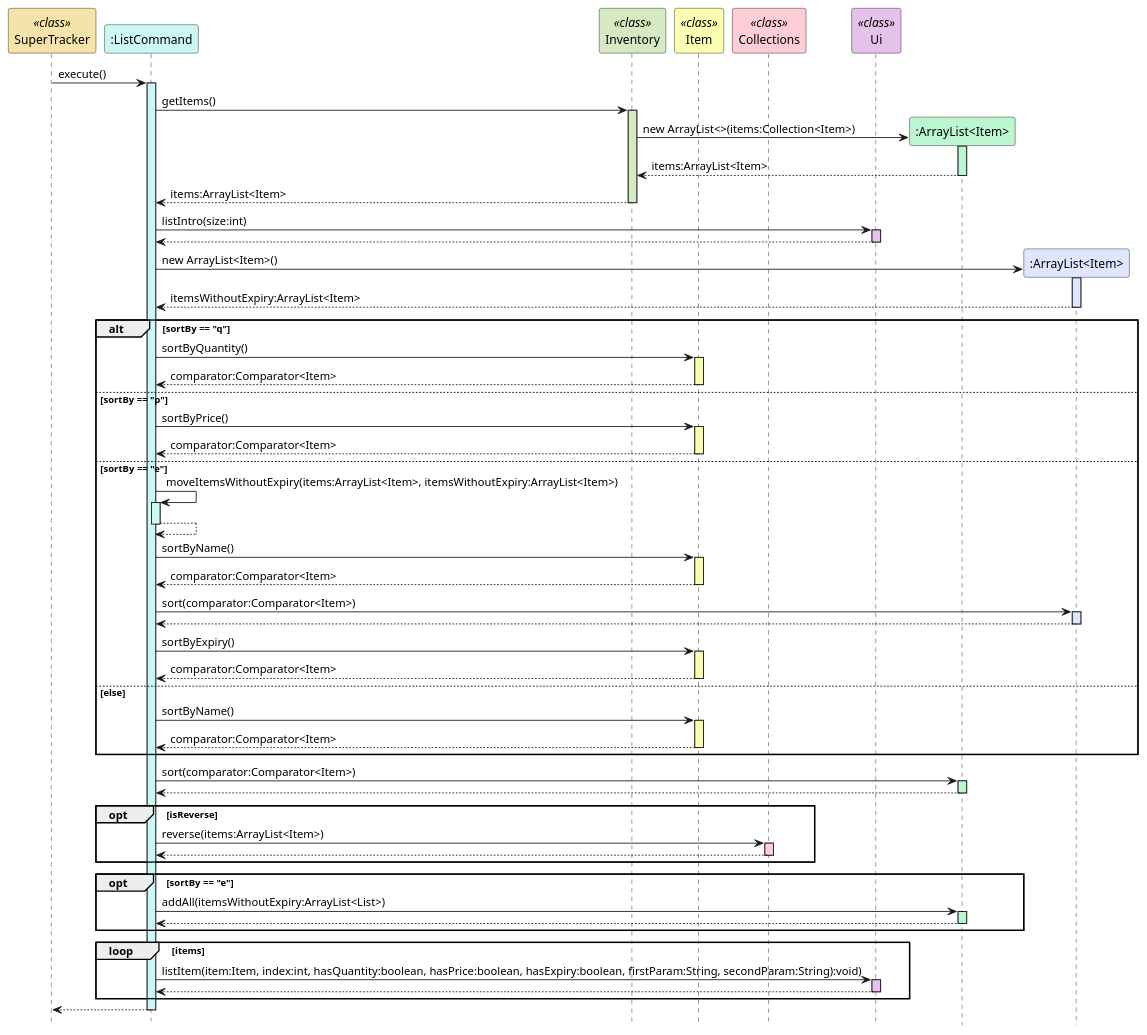
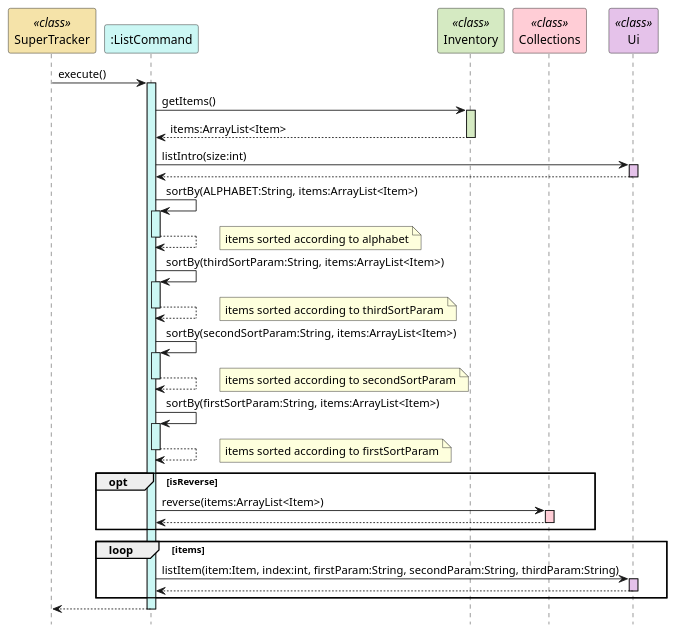
The second of 2 diagrams in docs/uml-diagrams/ListCommand.puml (rismm/tp), drawn with PlantUML before and after one commit. The commit also changed other lines of this file and 2 other files, not shown here.

Commit message:
Update UML diagrams for list command

```diff
--- a/docs/uml-diagrams/ListCommand.puml
+++ b/docs/uml-diagrams/ListCommand.puml
@@ -61,115 +62,67 @@
 @startuml
 hide footbox
 participant "SuperTracker" as SuperTracker <<class>> #f5e3a9
 participant ":ListCommand" as ListCommand #cbf7f4
 participant "Inventory" as Inventory <<class>> #d5eac2
-participant "Item" as Item <<class>> #fbffb2
 participant "Collections" as Collections <<class>> #ffcdd6
 participant "Ui" as Ui <<class>> #e5c2ea
-participant ":ArrayList<Item>" as ArrayList #bcf7cf
-participant ":ArrayList<Item>" as ArrayList2 #dfe6ff
 
 SuperTracker -> ListCommand : execute()
 activate ListCommand #cbf7f4
 
 ListCommand -> Inventory : getItems()
 activate Inventory #d5eac2
-
-Inventory -> ArrayList ** : new ArrayList<>(items:Collection<Item>)
-activate ArrayList #bcf7cf
-ArrayList --> Inventory : items:ArrayList<Item>
-deactivate ArrayList
 
 Inventory --> ListCommand : items:ArrayList<Item>
 deactivate Inventory
 
 ListCommand -> Ui : listIntro(size:int)
 activate Ui #e5c2ea
 Ui --> ListCommand
 deactivate Ui
 
-ListCommand -> ArrayList2 ** : new ArrayList<Item>()
-activate ArrayList2 #dfe6ff
-ArrayList2 --> ListCommand : itemsWithoutExpiry:ArrayList<Item>
-deactivate ArrayList2
-
-alt sortBy == "q"
-
-ListCommand -> Item : sortByQuantity()
-activate Item #fbffb2
-Item --> ListCommand : comparator:Comparator<Item>
-deactivate Item
-
-else sortBy == "p"
-
-ListCommand -> Item : sortByPrice()
-activate Item #fbffb2
-Item --> ListCommand : comparator:Comparator<Item>
-deactivate Item
-
-else sortBy == "e"
-
-ListCommand -> ListCommand : moveItemsWithoutExpiry(items:ArrayList<Item>, itemsWithoutExpiry:ArrayList<Item>)
+ListCommand -> ListCommand : sortBy(ALPHABET:String, items:ArrayList<Item>)
 activate ListCommand #cbf7f4
 ListCommand --> ListCommand
+note right : items sorted according to alphabet
 deactivate ListCommand
 
-ListCommand -> Item : sortByName()
-activate Item #fbffb2
-Item --> ListCommand : comparator:Comparator<Item>
-deactivate Item
+ListCommand -> ListCommand : sortBy(thirdSortParam:String, items:ArrayList<Item>)
+activate ListCommand #cbf7f4
+ListCommand --> ListCommand
+note right : items sorted according to thirdSortParam
+deactivate ListCommand
 
-ListCommand -> ArrayList2 : sort(comparator:Comparator<Item>)
-activate ArrayList2 #dfe6ff
-ArrayList2 --> ListCommand
-deactivate ArrayList2
+ListCommand -> ListCommand : sortBy(secondSortParam:String, items:ArrayList<Item>)
+activate ListCommand #cbf7f4
+ListCommand --> ListCommand
+note right : items sorted according to secondSortParam
+deactivate ListCommand
 
-ListCommand -> Item : sortByExpiry()
-activate Item #fbffb2
-Item --> ListCommand : comparator:Comparator<Item>
-deactivate Item
-
-else else
-
-ListCommand -> Item : sortByName()
-activate Item #fbffb2
-Item --> ListCommand : comparator:Comparator<Item>
-deactivate Item
-
-end
-
-ListCommand -> ArrayList : sort(comparator:Comparator<Item>)
-activate ArrayList #bcf7cf
-ArrayList --> ListCommand
-deactivate ArrayList
+ListCommand -> ListCommand : sortBy(firstSortParam:String, items:ArrayList<Item>)
+activate ListCommand #cbf7f4
+ListCommand --> ListCommand
+note right : items sorted according to firstSortParam
+deactivate ListCommand
 
 opt isReverse
 
 ListCommand -> Collections : reverse(items:ArrayList<Item>)
 activate Collections #ffcdd6
 Collections --> ListCommand
 deactivate Collections
 
 end
 
-opt sortBy == "e"
-
-ListCommand -> ArrayList : addAll(itemsWithoutExpiry:ArrayList<List>)
-activate ArrayList #bcf7cf
-ArrayList --> ListCommand
-deactivate
-
-end
-
 loop items
 
-ListCommand -> Ui : listItem(item:Item, index:int, hasQuantity:boolean, hasPrice:boolean, hasExpiry:boolean, firstParam:String, secondParam:String):void)
+ListCommand -> Ui : listItem(item:Item, index:int, firstParam:String, secondParam:String, thirdParam:String)
 activate Ui #e5c2ea
 Ui --> ListCommand
 deactivate Ui
 
 end
 
 ListCommand --> SuperTracker
 deactivate ListCommand
 @enduml
```
